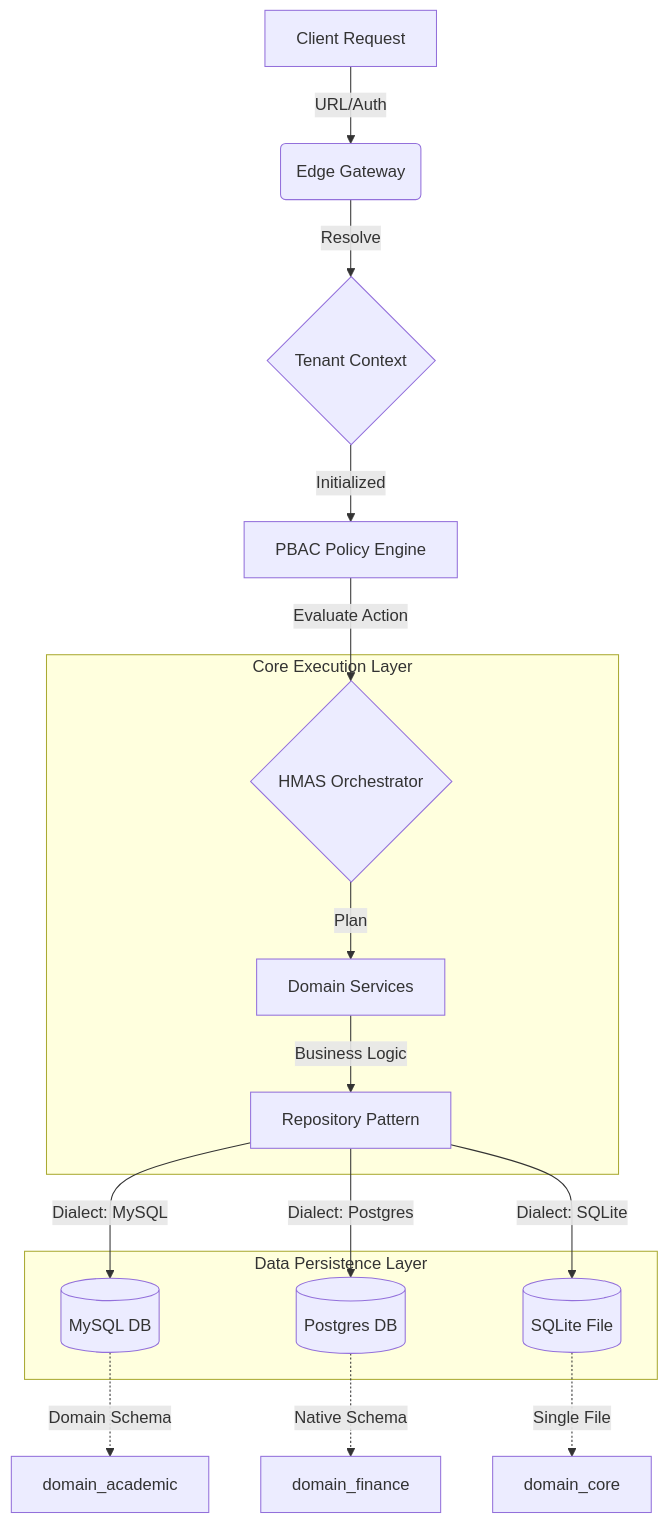
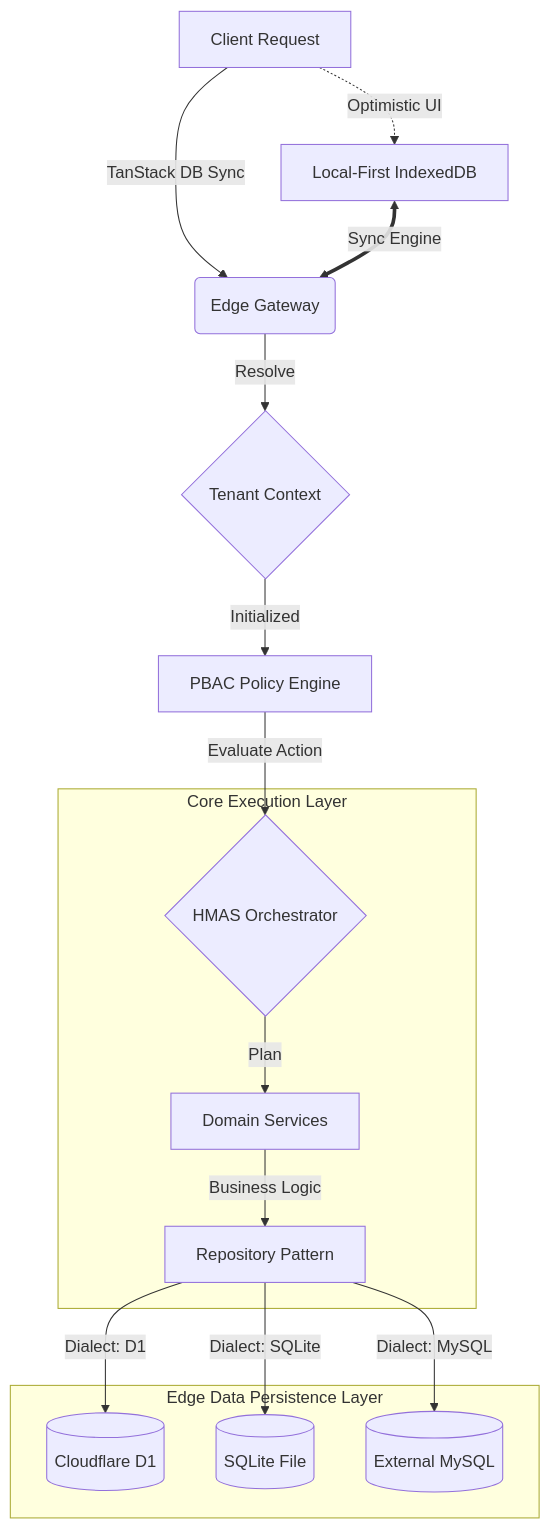
One commit to beznet22/edapex changed the diagram in docs/MASTER_ARCHITECTURE.md. Above: the diagram before and after it, drawn with Mermaid. The commit also changed other lines of this file and 84 other files, not shown here.

````diff
--- a/docs/MASTER_ARCHITECTURE.md
+++ b/docs/MASTER_ARCHITECTURE.md
@@ -21,22 +21,21 @@
 ```mermaid
 graph TD
-    A[Client Request] -->|URL/Auth| B(Edge Gateway)
+    A[Client Request] -->|TanStack DB Sync| B(Edge Gateway)
     B -->|Resolve| C{Tenant Context}
     C -->|Initialized| D[PBAC Policy Engine]
     D -->|Evaluate Action| E{HMAS Orchestrator}
     
     subgraph "Core Execution Layer"
     E -->|Plan| F[Domain Services]
     F -->|Business Logic| G[Repository Pattern]
     end
     
-    subgraph "Data Persistence Layer"
-    G -->|Dialect: MySQL| H[(MySQL DB)]
-    G -->|Dialect: Postgres| I[(Postgres DB)]
+    subgraph "Edge Data Persistence Layer"
+    G -->|Dialect: D1| H[(Cloudflare D1)]
     G -->|Dialect: SQLite| J[(SQLite File)]
+    G -->|Dialect: MySQL| I[(External MySQL)]
     end
     
-    H -.->|Domain Schema| K[domain_academic]
-    I -.->|Native Schema| L[domain_finance]
-    J -.->|Single File| M[domain_core]
+    A -.->|Optimistic UI| K[Local-First IndexedDB]
+    K <==>|Sync Engine| B
 ```
````
